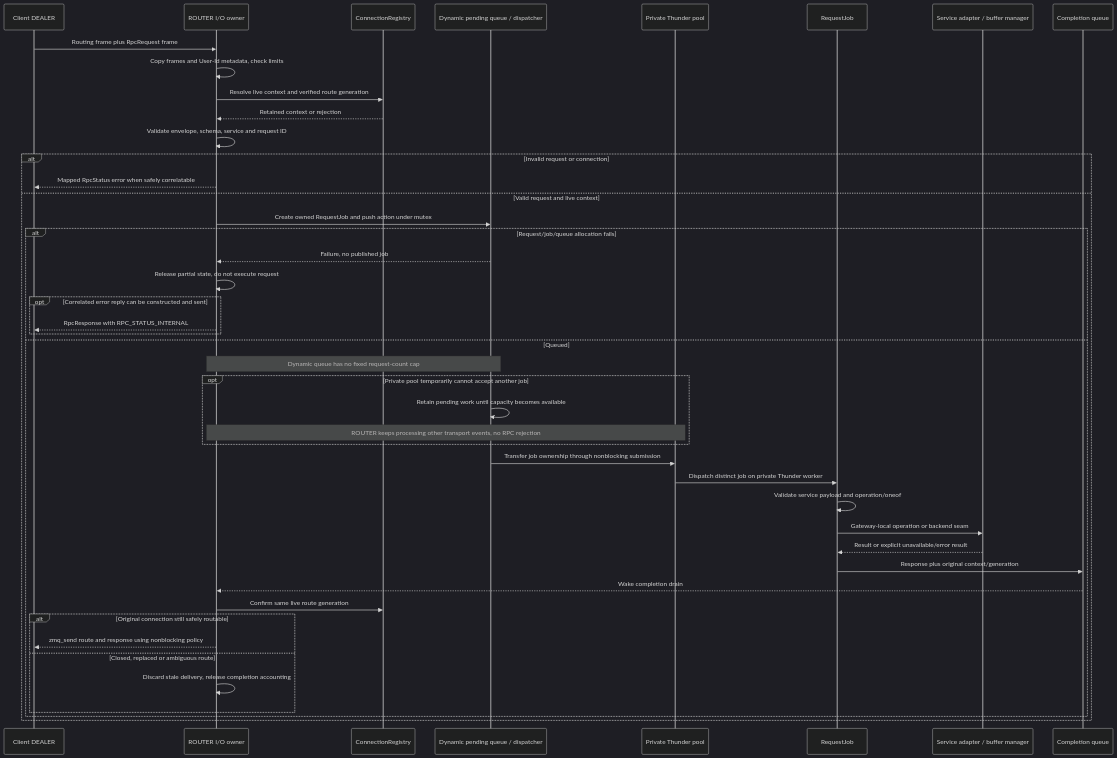
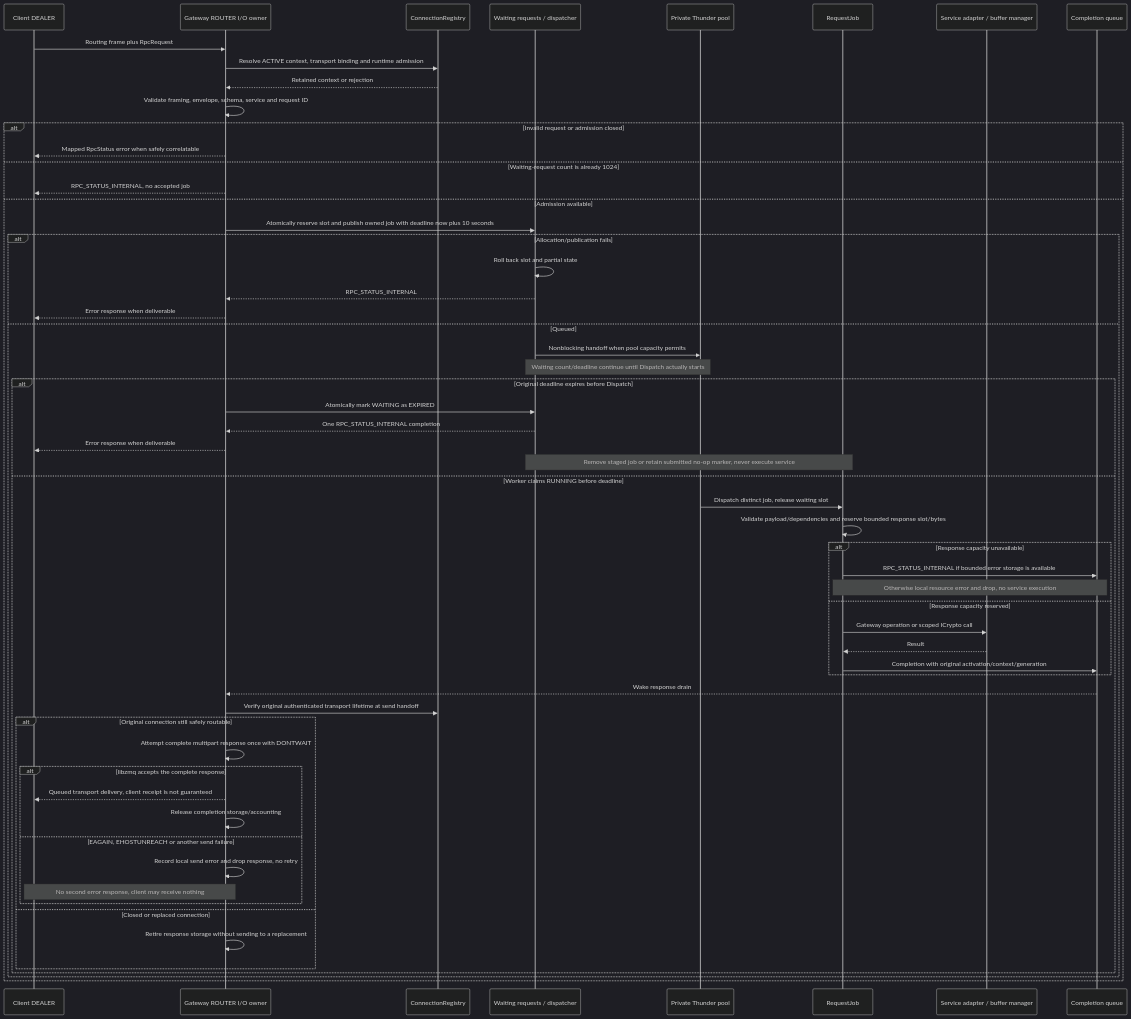
One commit to rdkcentral/eyil-secure-gateway changed diagram 18 of 32 in doc/EyilSecureGateway.md. Above: the diagram before and after it, drawn with Mermaid (dark theme). The commit also changed other lines of this file, not shown here.

````diff
--- a/doc/EyilSecureGateway.md
+++ b/doc/EyilSecureGateway.md
@@ -2345,47 +2388,61 @@
 ```mermaid
 sequenceDiagram
     participant C as Client DEALER
-    participant R as ROUTER I/O owner
+    participant R as Gateway ROUTER I/O owner
     participant REG as ConnectionRegistry
-    participant Q as Dynamic pending queue / dispatcher
+    participant Q as Waiting requests / dispatcher
     participant P as Private Thunder pool
     participant J as RequestJob
     participant S as Service adapter / buffer manager
     participant OUT as Completion queue
-    C->>R: Routing frame plus RpcRequest frame
-    R->>R: Copy frames and User-Id metadata, check limits
-    R->>REG: Resolve live context and verified route generation
+    C->>R: Routing frame plus RpcRequest
+    R->>REG: Resolve ACTIVE context, transport binding and runtime admission
     REG-->>R: Retained context or rejection
-    R->>R: Validate envelope, schema, service and request ID
-    alt Invalid request or connection
+    R->>R: Validate framing, envelope, schema, service and request ID
+    alt Invalid request or admission closed
         R-->>C: Mapped RpcStatus error when safely correlatable
-    else Valid request and live context
-        R->>Q: Create owned RequestJob and push action under mutex
-        alt Request/job/queue allocation fails
-            Q-->>R: Failure, no published job
-            R->>R: Release partial state, do not execute request
-            opt Correlated error reply can be constructed and sent
-                R-->>C: RpcResponse with RPC_STATUS_INTERNAL
-            end
+    else Waiting-request count is already 1024
+        R-->>C: RPC_STATUS_INTERNAL, no accepted job
+    else Admission available
+        R->>Q: Atomically reserve slot and publish owned job with deadline now plus 10 seconds
+        alt Allocation/publication fails
+            Q->>Q: Roll back slot and partial state
+            Q-->>R: RPC_STATUS_INTERNAL
+            R-->>C: Error response when deliverable
         else Queued
-            Note over R,Q: Dynamic queue has no fixed request-count cap
-            opt Private pool temporarily cannot accept another job
-                Q->>Q: Retain pending work until capacity becomes available
-                Note over R,P: ROUTER keeps processing other transport events, no RPC rejection
-            end
-            Q->>P: Transfer job ownership through nonblocking submission
-            P->>J: Dispatch distinct job on private Thunder worker
-            J->>J: Validate service payload and operation/oneof
-            J->>S: Gateway-local operation or backend seam
-            S-->>J: Result or explicit unavailable/error result
-            J->>OUT: Response plus original context/generation
-            OUT-->>R: Wake completion drain
-            R->>REG: Confirm same live route generation
-            alt Original connection still safely routable
-                R-->>C: zmq_send route and response using nonblocking policy
-            else Closed, replaced or ambiguous route
-                R->>R: Discard stale delivery, release completion accounting
+            Q->>P: Nonblocking handoff when pool capacity permits
+            Note over Q,P: Waiting count/deadline continue until Dispatch actually starts
+            alt Original deadline expires before Dispatch
+                R->>Q: Atomically mark WAITING as EXPIRED
+                Q-->>R: One RPC_STATUS_INTERNAL completion
+                R-->>C: Error response when deliverable
+                Note over Q,J: Remove staged job or retain submitted no-op marker, never execute service
+            else Worker claims RUNNING before deadline
+                P->>J: Dispatch distinct job, release waiting slot
+                J->>J: Validate payload/dependencies and reserve bounded response slot/bytes
+                alt Response capacity unavailable
+                    J->>OUT: RPC_STATUS_INTERNAL if bounded error storage is available
+                    Note over J,OUT: Otherwise local resource error and drop, no service execution
+                else Response capacity reserved
+                    J->>S: Gateway operation or scoped ICrypto call
+                    S-->>J: Result
+                    J->>OUT: Completion with original activation/context/generation
+                end
+                OUT-->>R: Wake response drain
+                R->>REG: Verify original authenticated transport lifetime at send handoff
+                alt Original connection still safely routable
+                    R->>R: Attempt complete multipart response once with DONTWAIT
+                    alt libzmq accepts the complete response
+                        R-->>C: Queued transport delivery, client receipt is not guaranteed
+                        R->>R: Release completion storage/accounting
+                    else EAGAIN, EHOSTUNREACH or another send failure
+                        R->>R: Record local send error and drop response, no retry
+                        Note over R,C: No second error response, client may receive nothing
+                    end
+                else Closed or replaced connection
+                    R->>R: Retire response storage without sending to a replacement
+                end
             end
         end
     end
 ```
````
